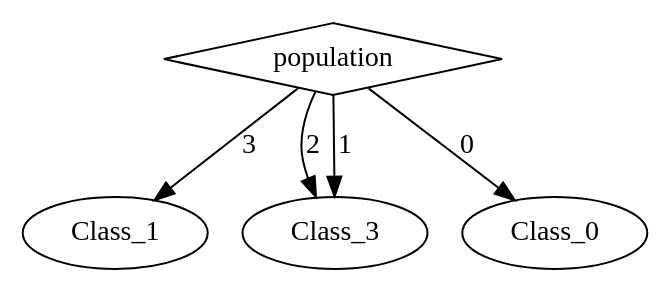
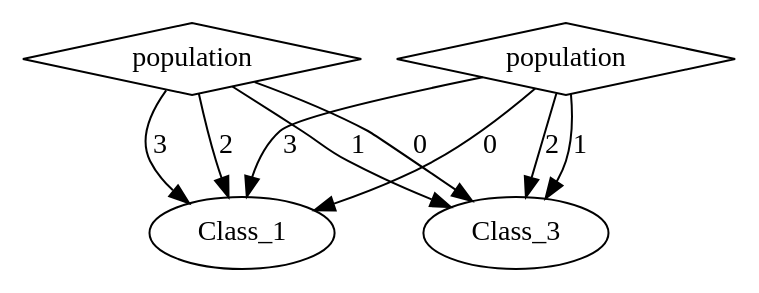
The diagram in examples/california_census_simplified/program/program1.dot (torfah/synplicate), drawn with Graphviz before and after one commit. The commit also changed 69 other files, not shown here.

```diff
--- a/examples/california_census_simplified/program/program1.dot
+++ b/examples/california_census_simplified/program/program1.dot
@@ -1,12 +1,21 @@
 digraph {
+node [label=Class_1,style=""] Class_1
 node [label=Class_1,style=""] Class_1
 node [label=Class_3,style=""] Class_3
 node [label=Class_3,style=""] Class_3
-node [label=Class_0,style=""] Class_0
+node [label=Class_1,style=""] Class_1
+node [label=Class_3,style=""] Class_3
+node [label=Class_3,style=""] Class_3
+node [label=Class_1,style=""] Class_1
+node [label=population,shape="diamond",style=""] 1
 node [label=population,shape="diamond",style=""] 0
 
+1 -> Class_1 [label="3"]
+1 -> Class_1 [label="2"]
+1 -> Class_3 [label="1"]
+1 -> Class_3 [label="0"]
 0 -> Class_1 [label="3"]
 0 -> Class_3 [label="2"]
 0 -> Class_3 [label="1"]
-0 -> Class_0 [label="0"]
+0 -> Class_1 [label="0"]
 }
```
